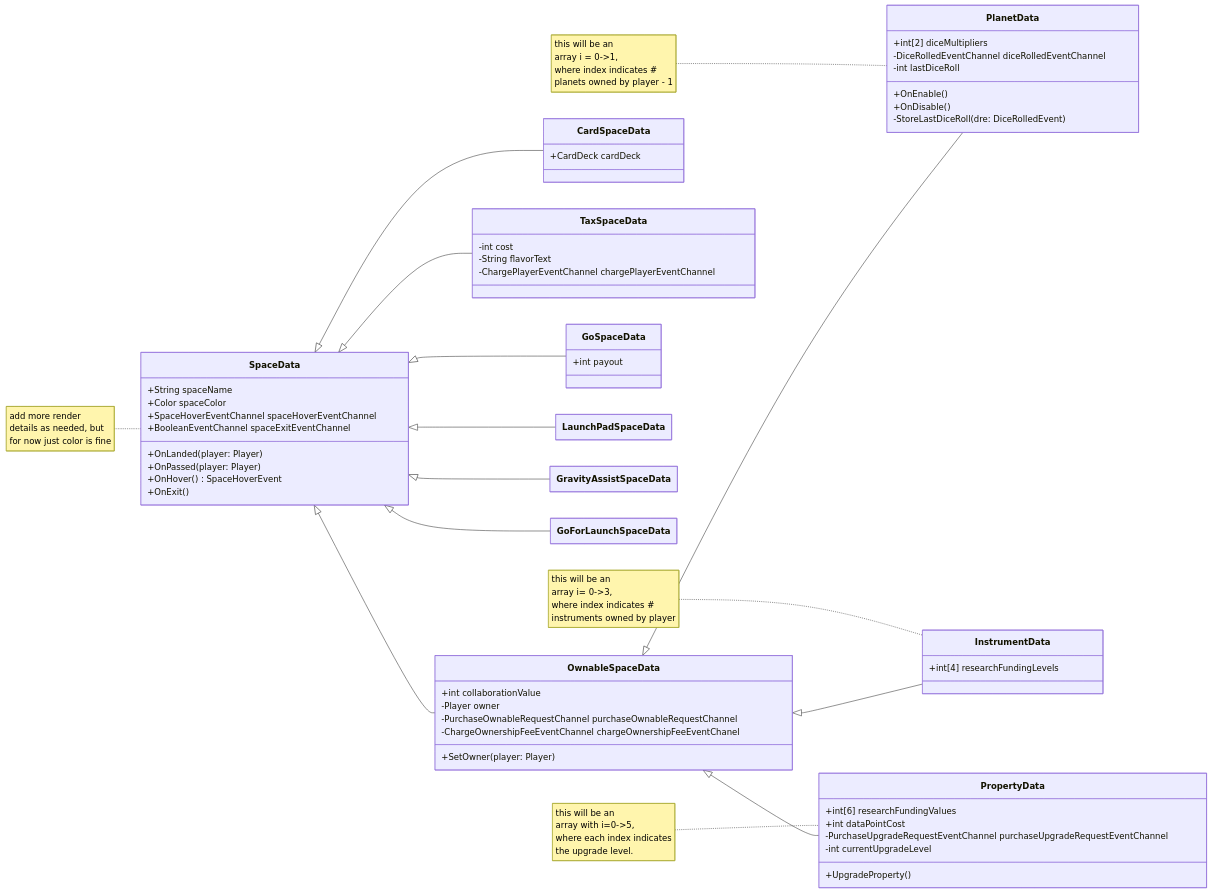
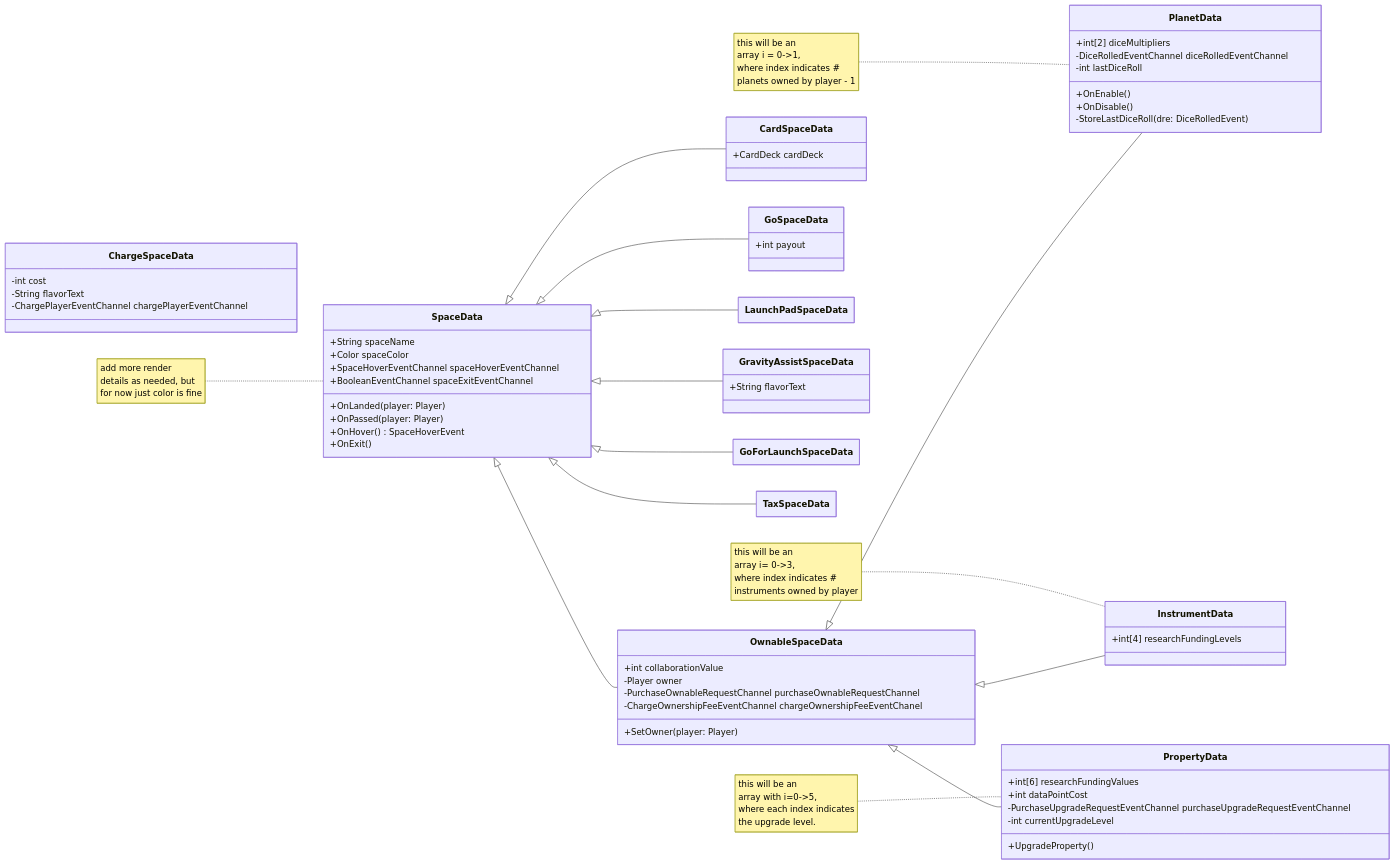
One commit to missiontopsyche-platinum/platinum_24a_game_psycheopoly-se changed the diagram in Assets/Scripts/Data/SpaceData/SpaceData-Hierarchy.mmd. Above: the diagram before and after it, drawn with Mermaid. The commit also changed 2 other files, not shown here.

Commit message:
US322 T331 Adds GravityAssistSpaceData

```diff
--- a/Assets/Scripts/Data/SpaceData/SpaceData-Hierarchy.mmd
+++ b/Assets/Scripts/Data/SpaceData/SpaceData-Hierarchy.mmd
@@ -1,90 +1,92 @@
 ---
 config:
     class:
         hideEmptyMembersBox: true
 ---
 classDiagram
     direction LR
     
     note for SpaceData  "add more render
                         details as needed, but
                         for now just color is fine"
     class SpaceData{
         +String spaceName
         +Color spaceColor
         +SpaceHoverEventChannel spaceHoverEventChannel
         +BooleanEventChannel spaceExitEventChannel
         +OnLanded(player: Player)
         +OnPassed(player: Player)
         +OnHover() SpaceHoverEvent
         +OnExit()
     }
     class OwnableSpaceData{
         +int collaborationValue
         -Player owner
         -PurchaseOwnableRequestChannel purchaseOwnableRequestChannel
         -ChargeOwnershipFeeEventChannel chargeOwnershipFeeEventChanel
         +SetOwner(player: Player)
     }
     
     note for PropertyData       "this will be an
                                 array with i=0->5,
                                 where each index indicates
                                 the upgrade level."
     class PropertyData{
         +int[6] researchFundingValues
         +int dataPointCost
         -PurchaseUpgradeRequestEventChannel purchaseUpgradeRequestEventChannel
         -int currentUpgradeLevel
         +UpgradeProperty()
     }
     
     note for PlanetData         "this will be an
                                 array i = 0->1,
                                 where index indicates # 
                                 planets owned by player - 1"
     class PlanetData{
         +int[2] diceMultipliers
         -DiceRolledEventChannel diceRolledEventChannel
         -int lastDiceRoll
         +OnEnable()
         +OnDisable()
         -StoreLastDiceRoll(dre: DiceRolledEvent)
     }
     
     note for InstrumentData     "this will be an
                                 array i= 0->3,
                                 where index indicates #
                                 instruments owned by player"
     class InstrumentData{
         +int[4] researchFundingLevels
     }
     
     class CardSpaceData{
         +CardDeck cardDeck
     }
     
-    class TaxSpaceData{
+    class ChargeSpaceData{
         -int cost
         -String flavorText
         -ChargePlayerEventChannel chargePlayerEventChannel
     }
     
     class GoSpaceData{
         +int payout
     }
 
     class LaunchPadSpaceData
-    class GravityAssistSpaceData
+    class GravityAssistSpaceData {
+        +String flavorText
+    }
     class GoForLaunchSpaceData
 
     SpaceData <|-- TaxSpaceData
     SpaceData <|-- GoSpaceData
     SpaceData <|-- GoForLaunchSpaceData
     SpaceData <|-- GravityAssistSpaceData
     SpaceData <|-- LaunchPadSpaceData
     SpaceData <|-- CardSpaceData
     SpaceData <|-- OwnableSpaceData
     OwnableSpaceData <|-- PlanetData
     OwnableSpaceData <|-- InstrumentData
     OwnableSpaceData <|-- PropertyData
```
